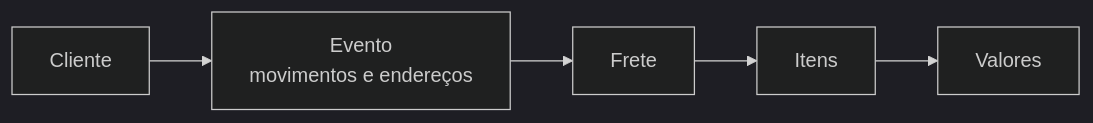
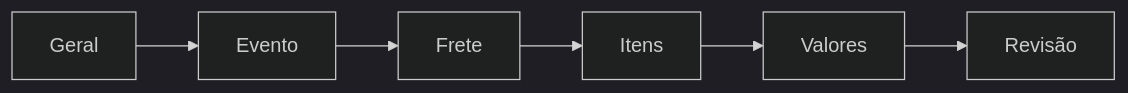
Before and after one commit to LocFlowTeam/locflow-docs: the diagram in orcamentos/criando-um-orcamento.md, drawn with Mermaid (dark theme). The commit also changed other lines of this file and 25 other files, not shown here.

````diff
--- a/orcamentos/criando-um-orcamento.md
+++ b/orcamentos/criando-um-orcamento.md
@@ -45,7 +42,8 @@
 ```mermaid
 flowchart LR
-    A[Cliente] --> B[Evento<br/>movimentos e endereços]
+    A[Geral] --> B[Evento]
     B --> C[Frete]
     C --> D[Itens]
     D --> E[Valores]
+    E --> F[Revisão]
 ```
````
